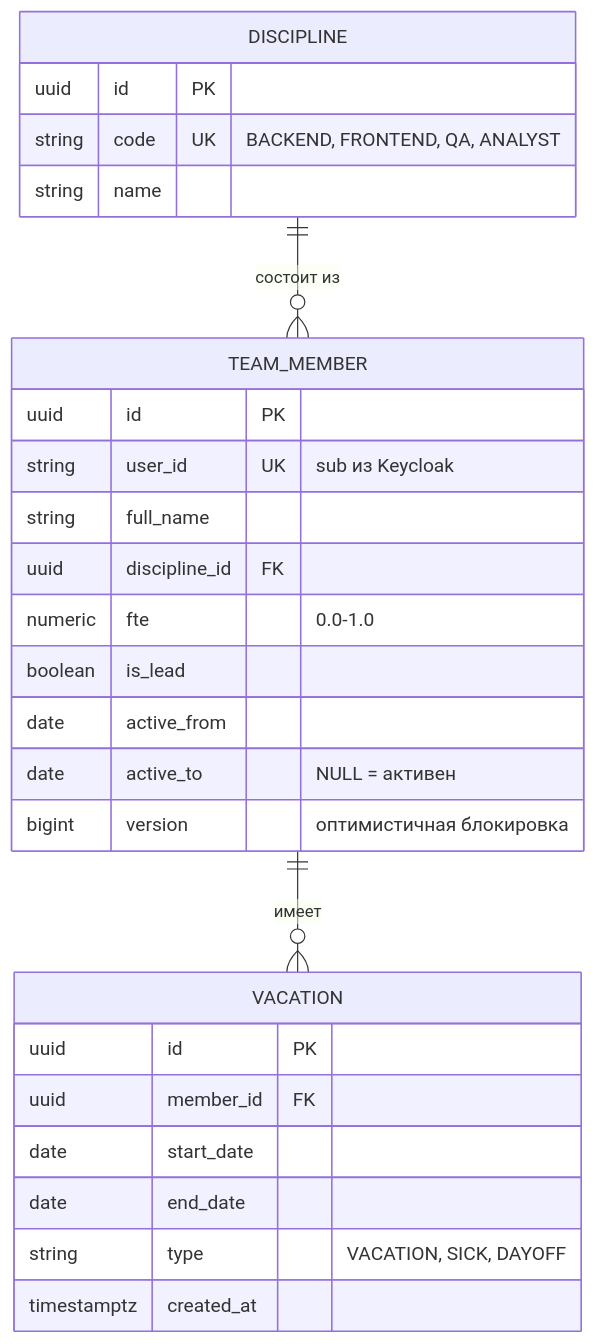
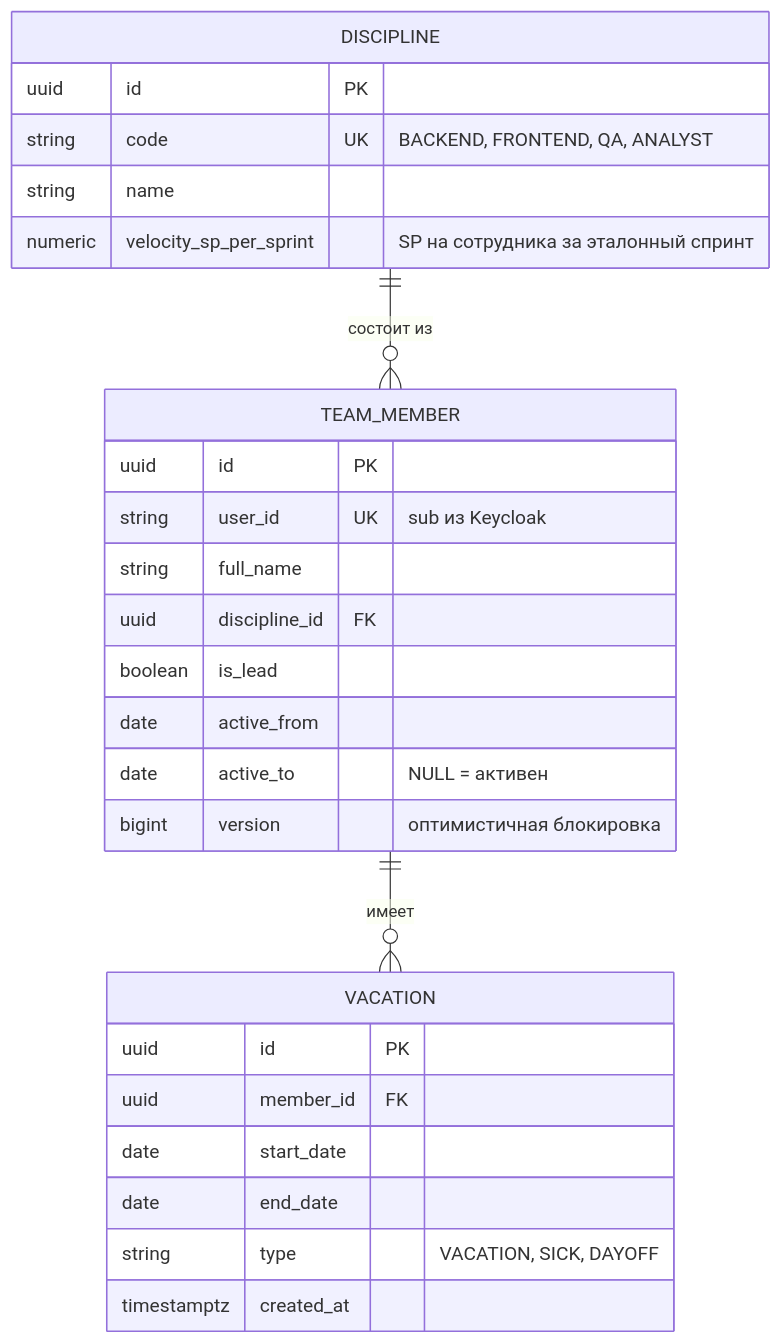
One commit to Kondrikova/Timeline changed the fourth of 12 diagrams in docs/architecture.md. Above: the diagram before and after it, drawn with Mermaid. The commit also changed other lines of this file, not shown here.

````diff
--- a/docs/architecture.md
+++ b/docs/architecture.md
@@ -308,30 +331,30 @@
 ```mermaid
 erDiagram
     DISCIPLINE ||--o{ TEAM_MEMBER : "состоит из"
     TEAM_MEMBER ||--o{ VACATION : "имеет"
 
     DISCIPLINE {
         uuid id PK
         string code UK "BACKEND, FRONTEND, QA, ANALYST"
         string name
+        numeric velocity_sp_per_sprint "SP на сотрудника за эталонный спринт"
     }
     TEAM_MEMBER {
         uuid id PK
         string user_id UK "sub из Keycloak"
         string full_name
         uuid discipline_id FK
-        numeric fte "0.0-1.0"
         boolean is_lead
         date active_from
         date active_to "NULL = активен"
         bigint version "оптимистичная блокировка"
     }
     VACATION {
         uuid id PK
         uuid member_id FK
         date start_date
         date end_date
         string type "VACATION, SICK, DAYOFF"
         timestamptz created_at
     }
 ```
````
